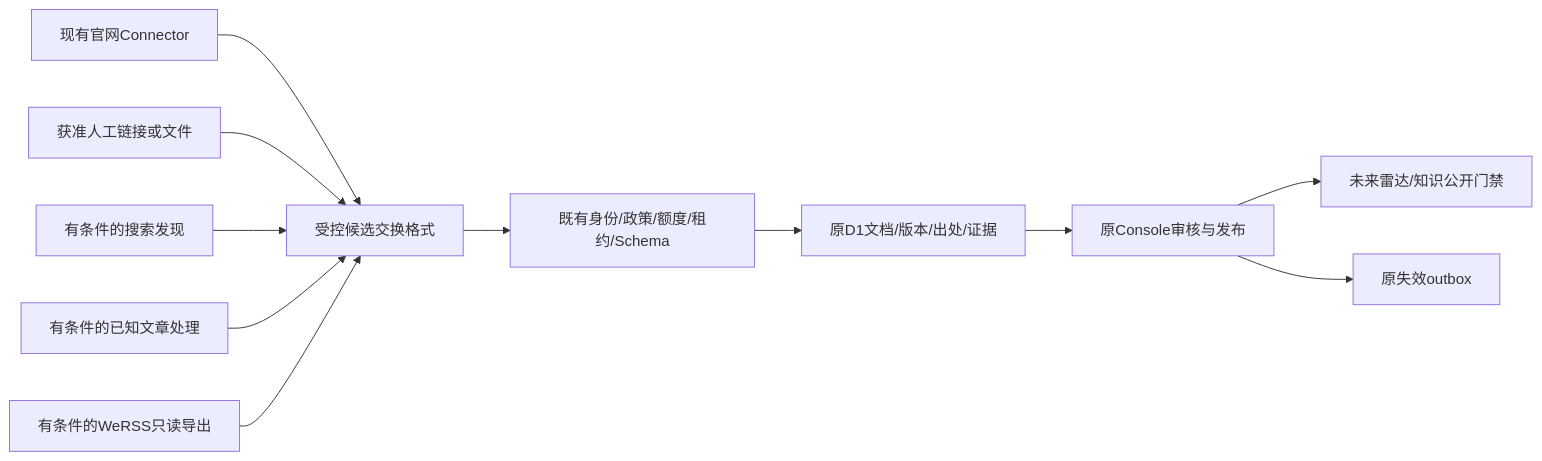
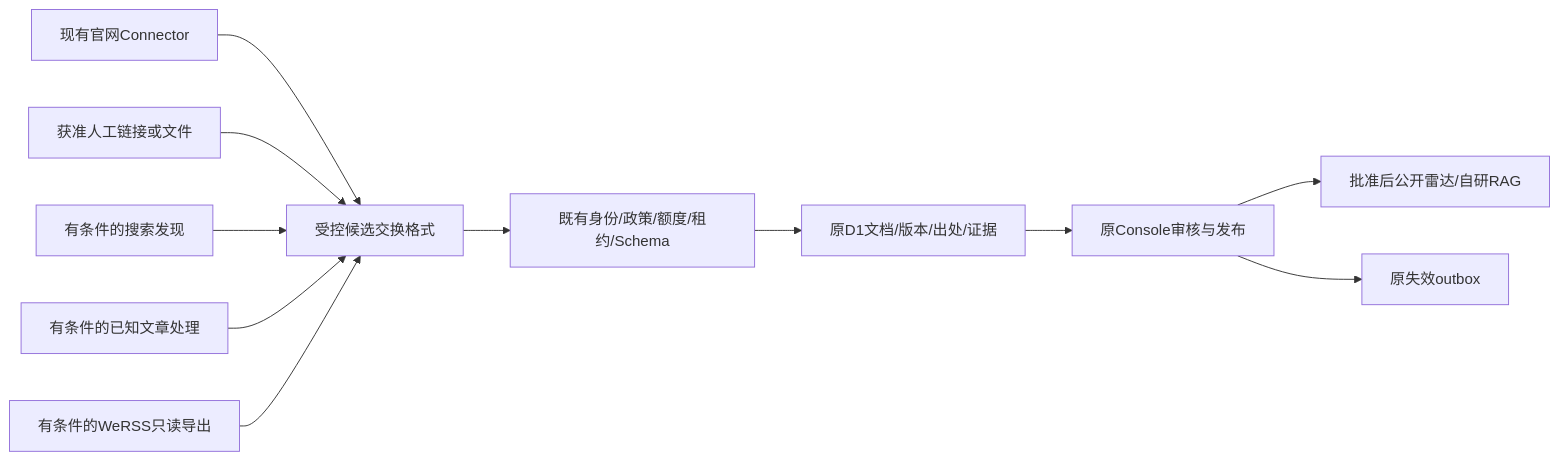
The diagram in docs/research/S3_SOURCE_PIPELINE_RECOMMENDATION.md (zhujunkui1-del/GDUFS_CampusOS), drawn with Mermaid before and after one commit. The commit also changed other lines of this file and 33 other files, not shown here.

````diff
--- a/docs/research/S3_SOURCE_PIPELINE_RECOMMENDATION.md
+++ b/docs/research/S3_SOURCE_PIPELINE_RECOMMENDATION.md
@@ -29,13 +38,13 @@
 ```mermaid
 flowchart LR
   Web[现有官网Connector] --> Intake[受控候选交换格式]
   Manual[获准人工链接或文件] --> Intake
   Search[有条件的搜索发现] --> Intake
   Known[有条件的已知文章处理] --> Intake
   RSS[有条件的WeRSS只读导出] --> Intake
   Intake --> Guard[既有身份/政策/额度/租约/Schema]
   Guard --> D1[原D1文档/版本/出处/证据]
   D1 --> Review[原Console审核与发布]
-  Review --> Public[未来雷达/知识公开门禁]
+  Review --> Public[批准后公开雷达/自研RAG]
   Review --> Outbox[原失效outbox]
 ```
````
